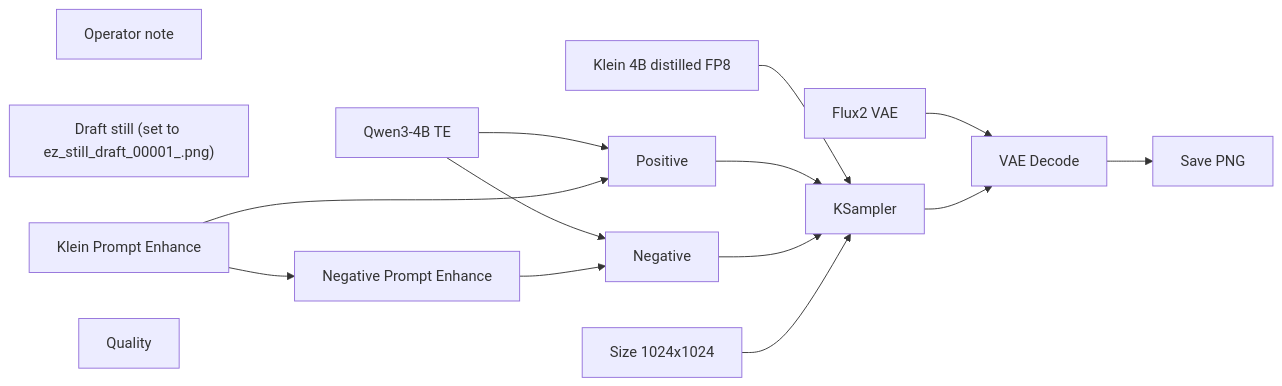
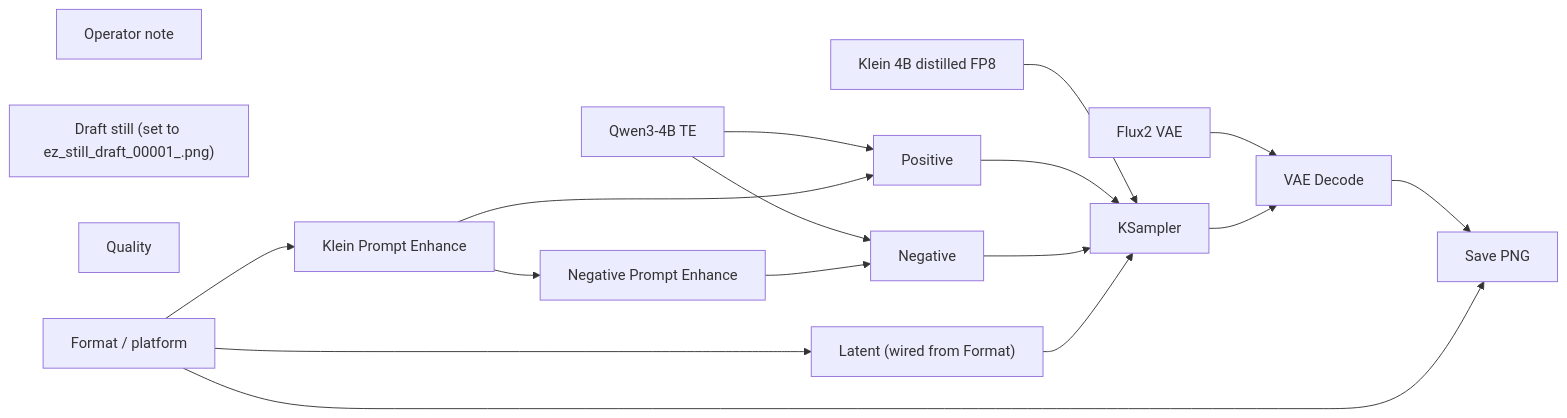
One commit to toxicoder/ez-comfy-stack changed the diagram in docs/generated/workflows/klein/creator/album-cover.md. Above: the diagram before and after it, drawn with Mermaid. The commit also changed other lines of this file and 312 other files, not shown here.

First line of the commit message:
feat: Format / platform on Klein, Wan, and LTX Apps

````diff
--- a/docs/generated/workflows/klein/creator/album-cover.md
+++ b/docs/generated/workflows/klein/creator/album-cover.md
@@ -49,29 +51,33 @@
 ```mermaid
 flowchart LR
   N1["Klein 4B distilled FP8"]
   N2["Qwen3-4B TE"]
   N3["Flux2 VAE"]
   N4["Positive"]
   N5["Negative"]
-  N6["Size 1024x1024"]
+  N6["Latent (wired from Format)"]
   N7["KSampler"]
   N8["VAE Decode"]
   N9["Save PNG"]
   N10["Operator note"]
   N11["Draft still (set to ez_still_draft_00001_.png)"]
   N12["Klein Prompt Enhance"]
   N13["Negative Prompt Enhance"]
   N14["Quality"]
+  N15["Format / platform"]
   N1 --> N7
   N2 --> N4
   N2 --> N5
   N3 --> N8
   N4 --> N7
   N5 --> N7
   N6 --> N7
   N7 --> N8
   N8 --> N9
   N12 --> N4
   N12 --> N13
   N13 --> N5
+  N15 --> N6
+  N15 --> N12
+  N15 --> N9
 ```
````
